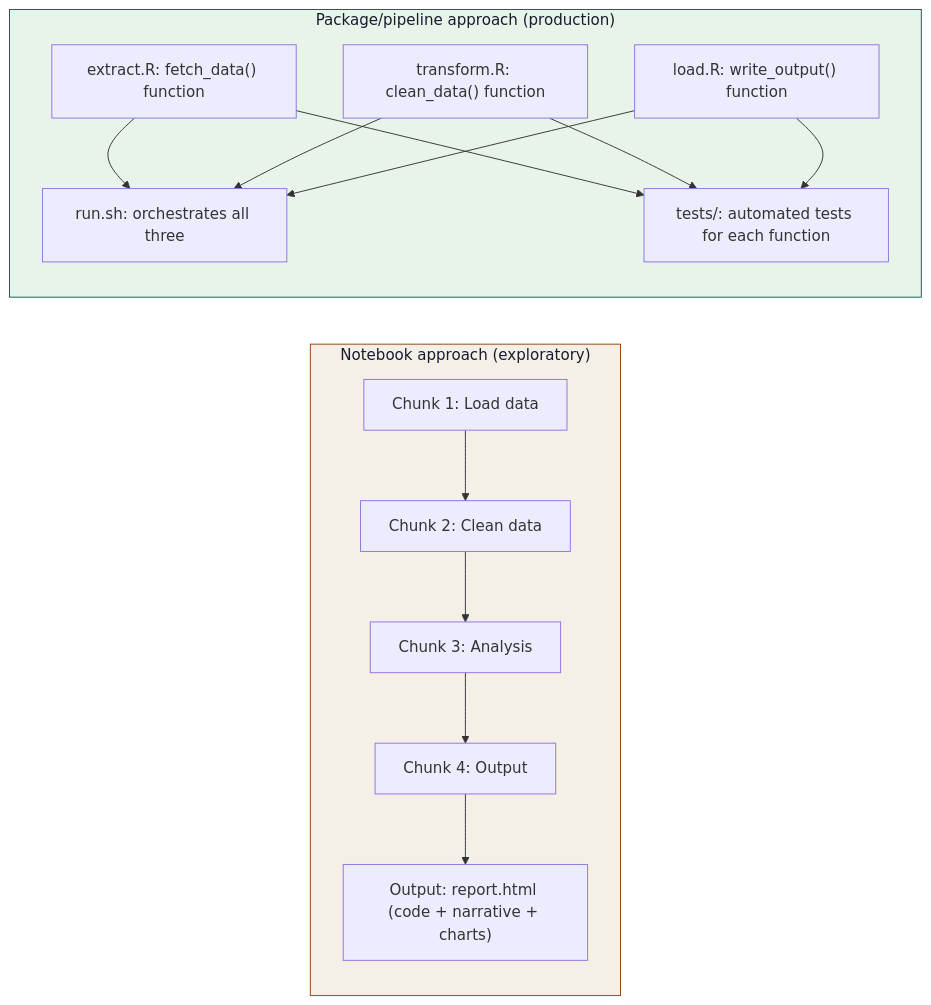
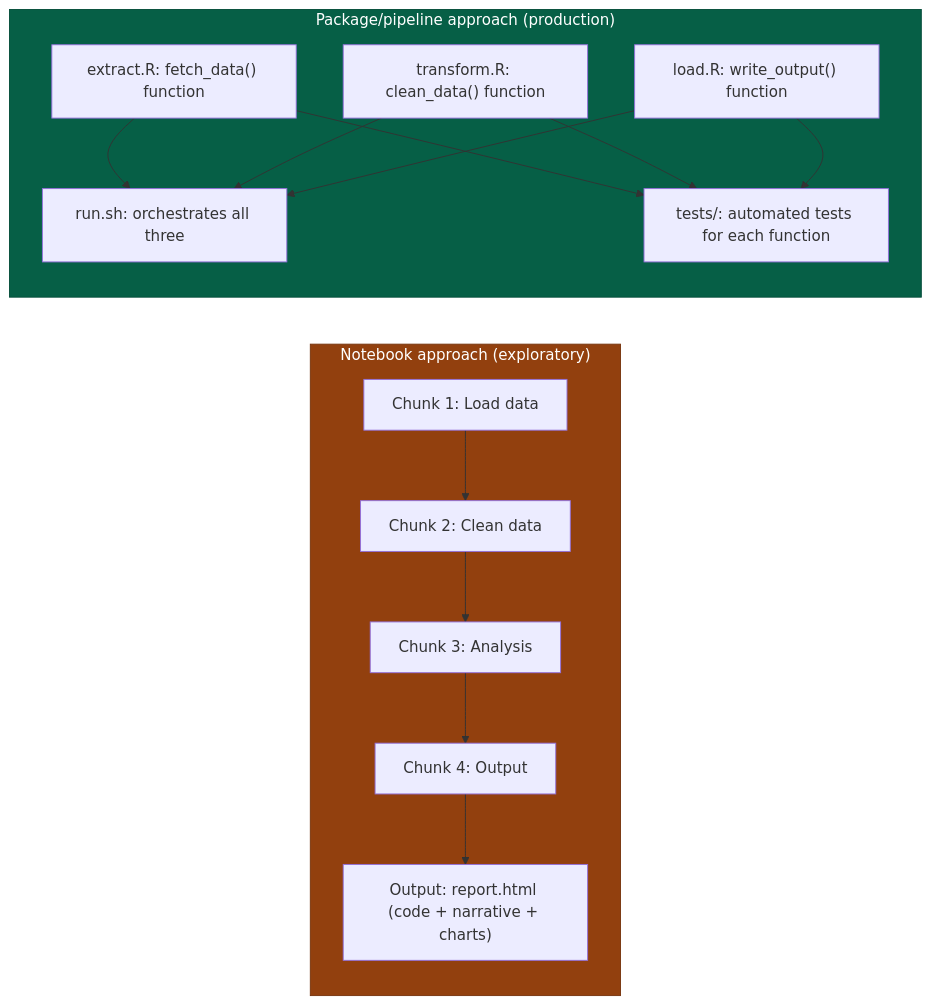
Before and after one commit to Ch3w3y/docker_gcp: the first of 4 diagrams in docs/code-organisation.md, drawn with Mermaid. The commit also changed other lines of this file and 6 other files, not shown here.

````diff
--- a/docs/code-organisation.md
+++ b/docs/code-organisation.md
@@ -23,25 +23,25 @@
 ```mermaid
 flowchart LR
     subgraph NB["Notebook approach (exploratory)"]
         direction TB
         N1["Chunk 1: Load data"]
         N2["Chunk 2: Clean data"]
         N3["Chunk 3: Analysis"]
         N4["Chunk 4: Output"]
         N5["Output: report.html (code + narrative + charts)"]
         N1 --> N2 --> N3 --> N4 --> N5
     end
 
     subgraph PKG["Package/pipeline approach (production)"]
         direction TB
         P1["extract.R: fetch_data() function"]
         P2["transform.R: clean_data() function"]
         P3["load.R: write_output() function"]
         P4["run.sh: orchestrates all three"]
         P5["tests/: automated tests for each function"]
         P1 & P2 & P3 --> P4
         P1 & P2 & P3 --> P5
     end
-    style NB fill:#f4f0e8,stroke:#92400e,color:#1a1a2e
-    style PKG fill:#e8f4ea,stroke:#065f46,color:#1a1a2e
+    style NB fill:#92400e,stroke:#78350f,color:#ffffff
+    style PKG fill:#065f46,stroke:#064e3b,color:#ffffff
 ```
````
